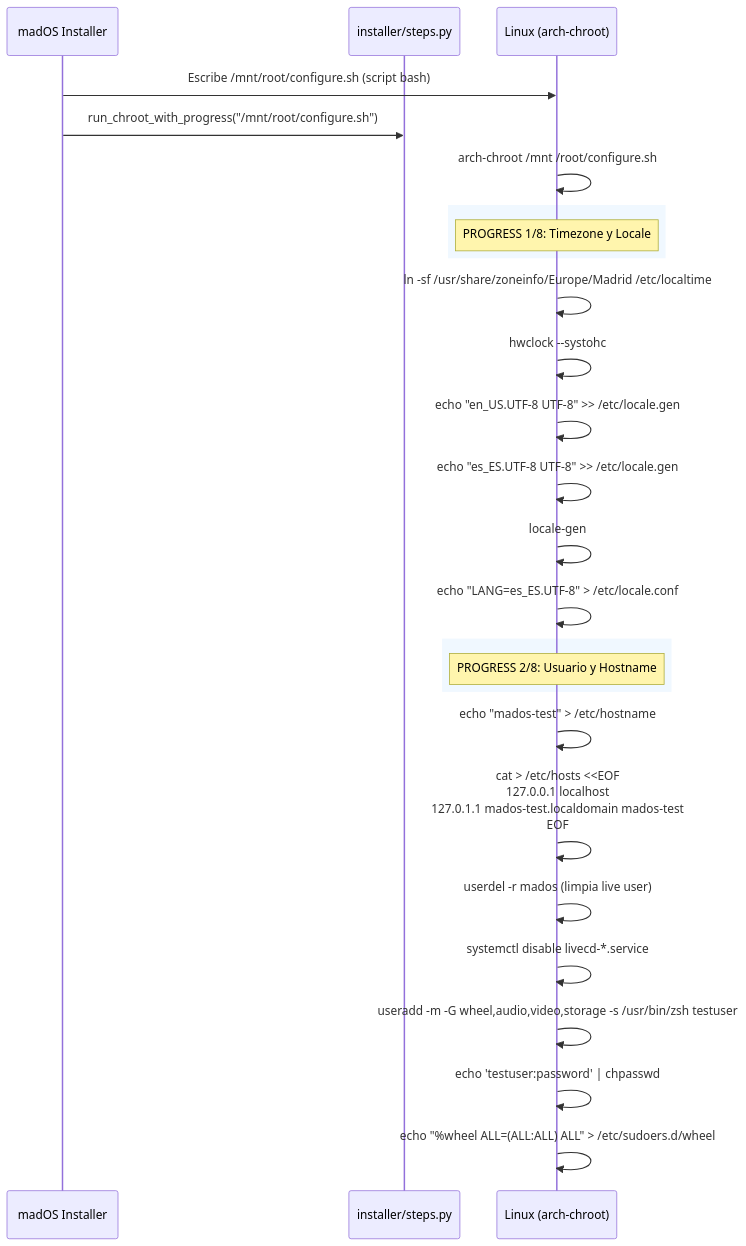
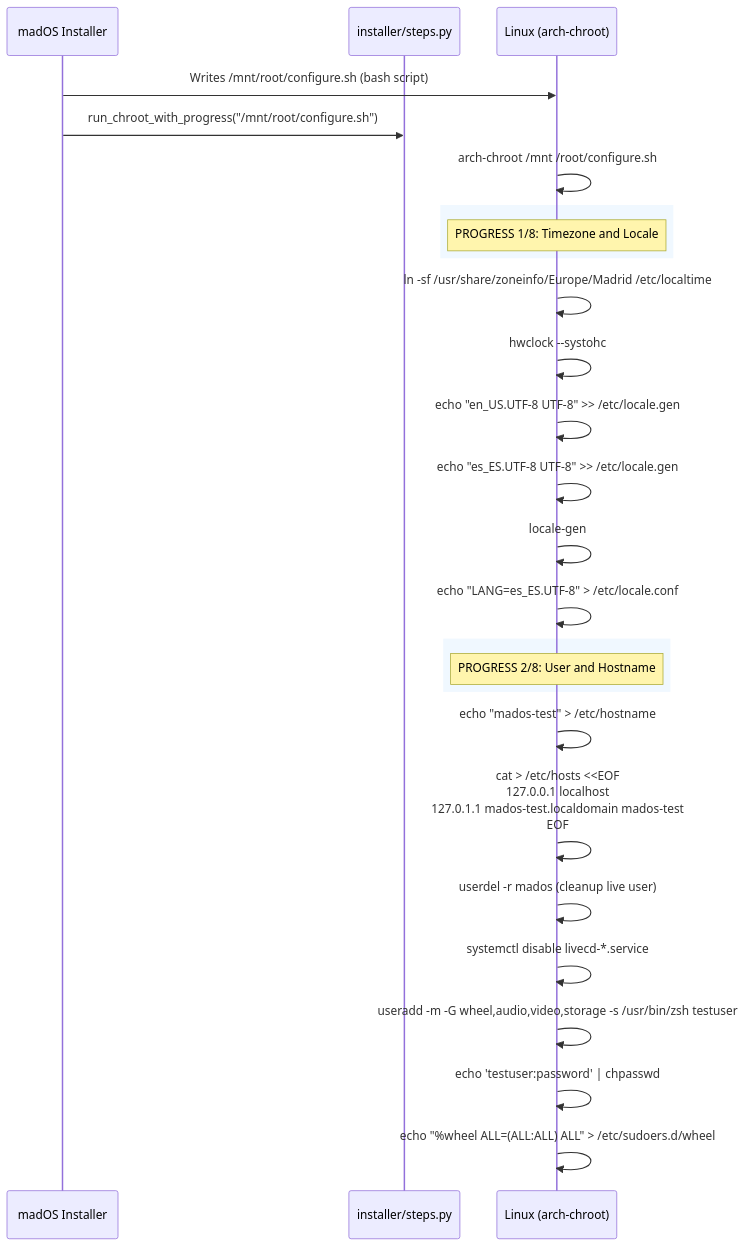
The ninth of 12 diagrams in INSTALLATION_FLOW.md (madoslinux/mados-installer), drawn with Mermaid before and after one commit. The commit also changed other lines of this file and 1 other file, not shown here.

First line of the commit message:
fix: add disk variable to config script for BIOS mode

````diff
--- a/INSTALLATION_FLOW.md
+++ b/INSTALLATION_FLOW.md
@@ -219,32 +219,32 @@
 ```mermaid
 sequenceDiagram
     participant App as madOS Installer
     participant Steps as installer/steps.py
     participant System as Linux (arch-chroot)
 
-    App->>System: Escribe /mnt/root/configure.sh (script bash)
+    App->>System: Writes /mnt/root/configure.sh (bash script)
     App->>Steps: run_chroot_with_progress("/mnt/root/configure.sh")
 
     System->>System: arch-chroot /mnt /root/configure.sh
 
     rect rgb(240, 248, 255)
-        Note over System: PROGRESS 1/8: Timezone y Locale
+        Note over System: PROGRESS 1/8: Timezone and Locale
     end
     System->>System: ln -sf /usr/share/zoneinfo/Europe/Madrid /etc/localtime
     System->>System: hwclock --systohc
     System->>System: echo "en_US.UTF-8 UTF-8" >> /etc/locale.gen
     System->>System: echo "es_ES.UTF-8 UTF-8" >> /etc/locale.gen
     System->>System: locale-gen
     System->>System: echo "LANG=es_ES.UTF-8" > /etc/locale.conf
 
     rect rgb(240, 248, 255)
-        Note over System: PROGRESS 2/8: Usuario y Hostname
+        Note over System: PROGRESS 2/8: User and Hostname
     end
     System->>System: echo "mados-test" > /etc/hostname
     System->>System: cat > /etc/hosts <<EOF<br/>127.0.0.1 localhost<br/>127.0.1.1 mados-test.localdomain mados-test<br/>EOF
-    System->>System: userdel -r mados (limpia live user)
+    System->>System: userdel -r mados (cleanup live user)
     System->>System: systemctl disable livecd-*.service
     System->>System: useradd -m -G wheel,audio,video,storage -s /usr/bin/zsh testuser
     System->>System: echo 'testuser:password' | chpasswd
     System->>System: echo "%wheel ALL=(ALL:ALL) ALL" > /etc/sudoers.d/wheel
 ```
````
